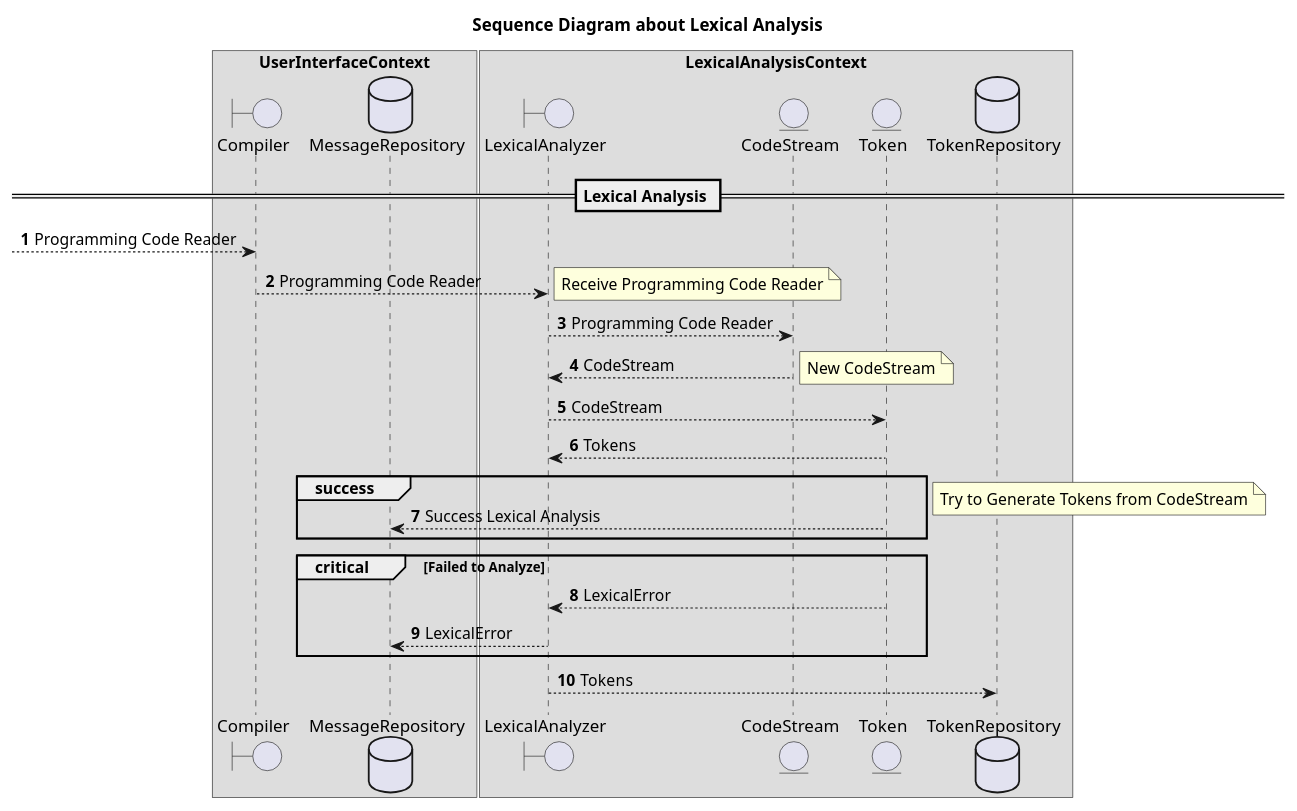
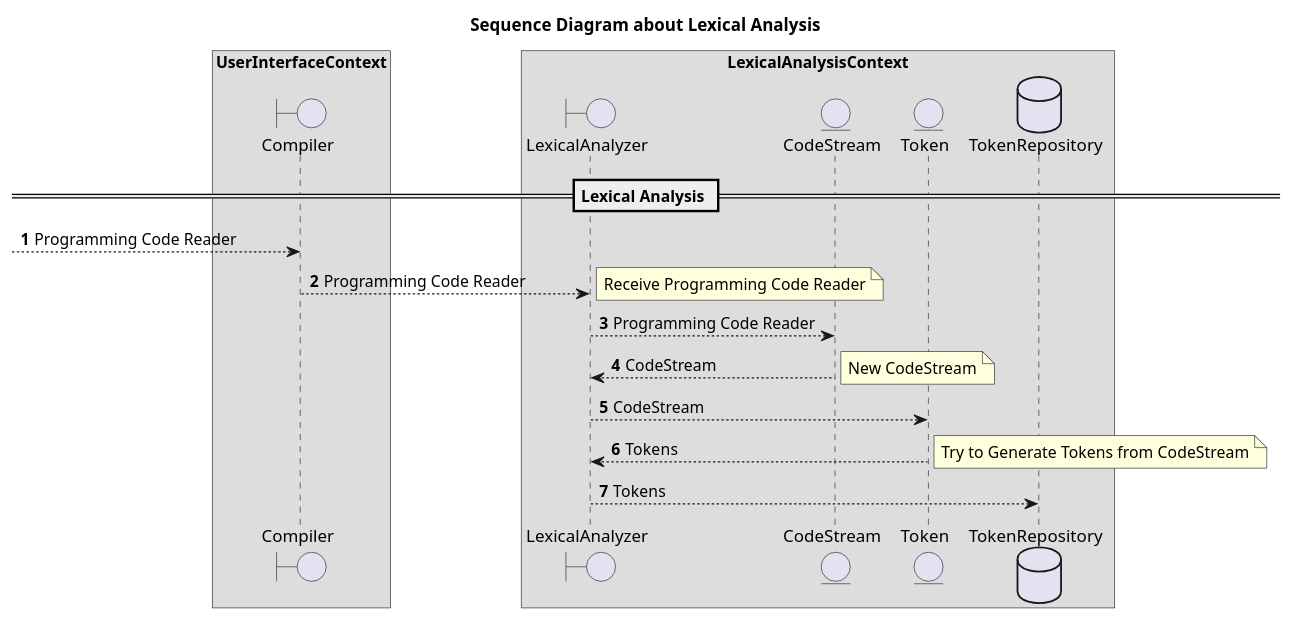
One commit to megumish/megulang changed the diagram in design/lexical_analysis.pu. Above: the diagram before and after it, drawn with PlantUML. The commit also changed 3 other files, not shown here.

```diff
--- a/design/lexical_analysis.pu
+++ b/design/lexical_analysis.pu
@@ -1,44 +1,35 @@
 @startuml
 title Sequence Diagram about Lexical Analysis
 autonumber
 
 boundary Compiler
-database MessageRepository
 
 boundary LexicalAnalyzer
 entity Token
 entity CodeStream
 database TokenRepository
 
 box UserInterfaceContext
     participant Compiler
-    participant MessageRepository
 end box
 
 box LexicalAnalysisContext
     participant LexicalAnalyzer
     participant CodeStream
     participant Token
     participant TokenRepository
 end box
 
 == Lexical Analysis ==
 --> Compiler: Programming Code Reader
 Compiler --> LexicalAnalyzer: Programming Code Reader
 note right: Receive Programming Code Reader
 LexicalAnalyzer --> CodeStream: Programming Code Reader
 LexicalAnalyzer <-- CodeStream: CodeStream
 note right: New CodeStream
 LexicalAnalyzer --> Token: CodeStream
 LexicalAnalyzer <-- Token: Tokens
-group success
-Token --> MessageRepository: Success Lexical Analysis
-end
 note right: Try to Generate Tokens from CodeStream
-critical Failed to Analyze
-Token --> LexicalAnalyzer: LexicalError
-LexicalAnalyzer --> MessageRepository: LexicalError
-end
 LexicalAnalyzer --> TokenRepository: Tokens
 
 @enduml
```
